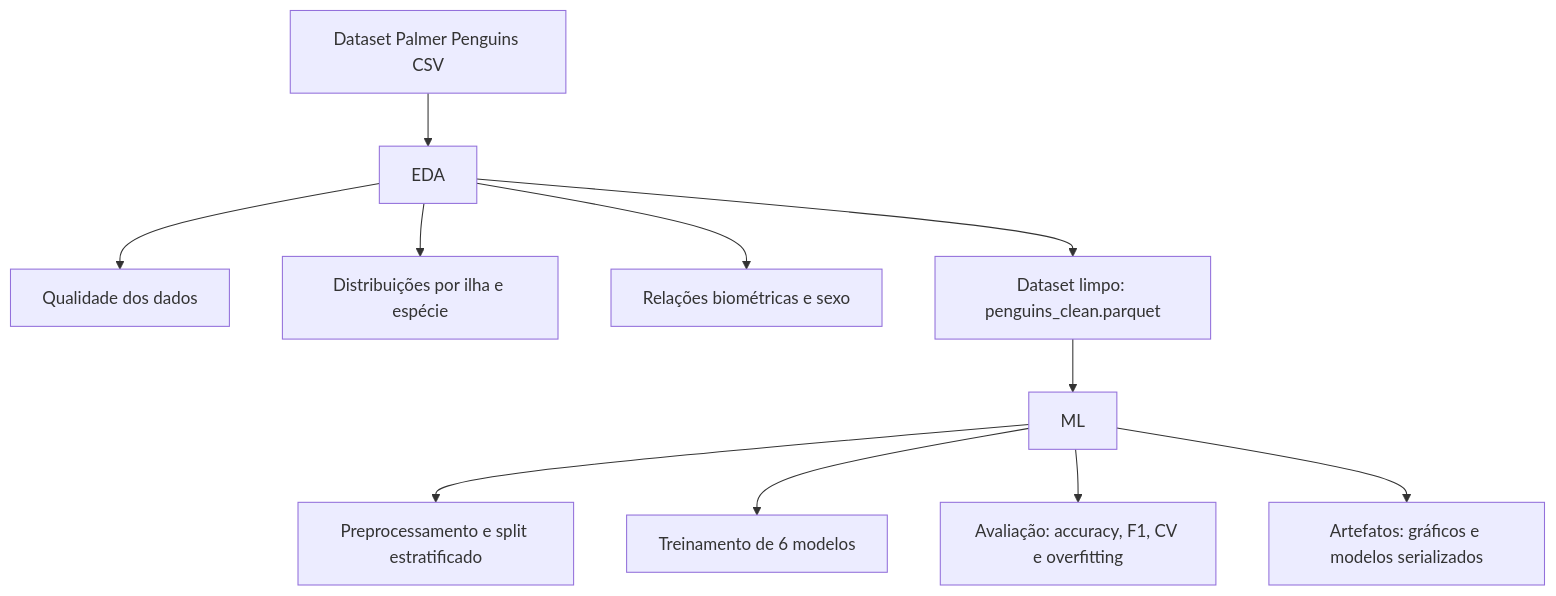
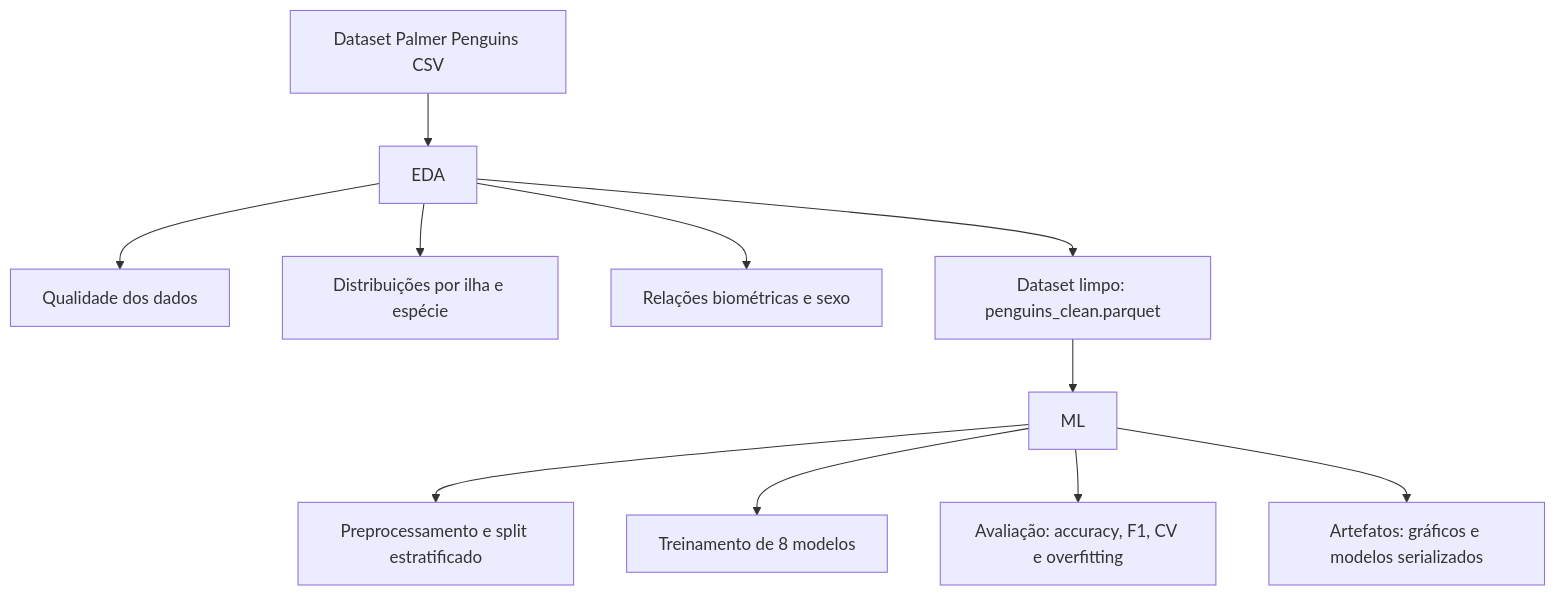
Before and after one commit to lucenfort/eda-penguins-case: the diagram in README.md, drawn with Mermaid. The commit also changed other lines of this file and 22 other files, not shown here.

````diff
--- a/README.md
+++ b/README.md
@@ -44,13 +44,13 @@
 ```mermaid
 flowchart TD
     A[Dataset Palmer Penguins CSV] --> B[EDA]
     B --> B1[Qualidade dos dados]
     B --> B2[Distribuições por ilha e espécie]
     B --> B3[Relações biométricas e sexo]
     B --> C[Dataset limpo: penguins_clean.parquet]
     C --> D[ML]
     D --> D1[Preprocessamento e split estratificado]
-    D --> D2[Treinamento de 6 modelos]
+    D --> D2[Treinamento de 8 modelos]
     D --> D3[Avaliação: accuracy, F1, CV e overfitting]
     D --> E[Artefatos: gráficos e modelos serializados]
 ```
````
